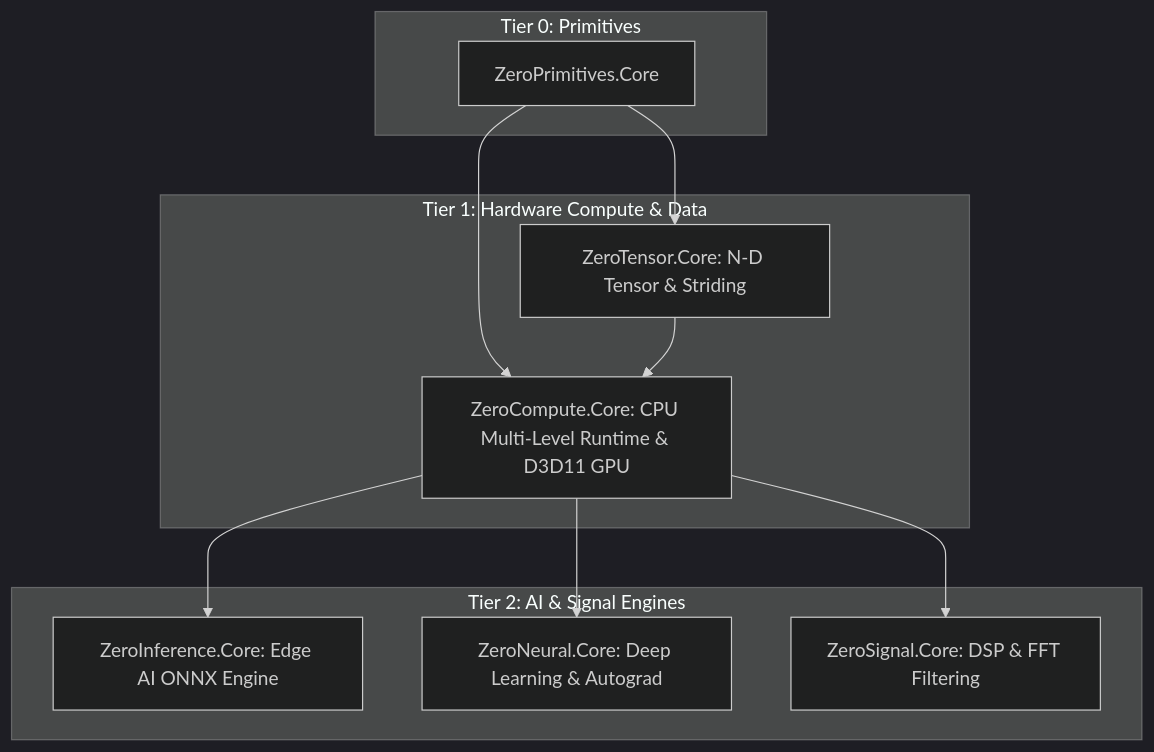
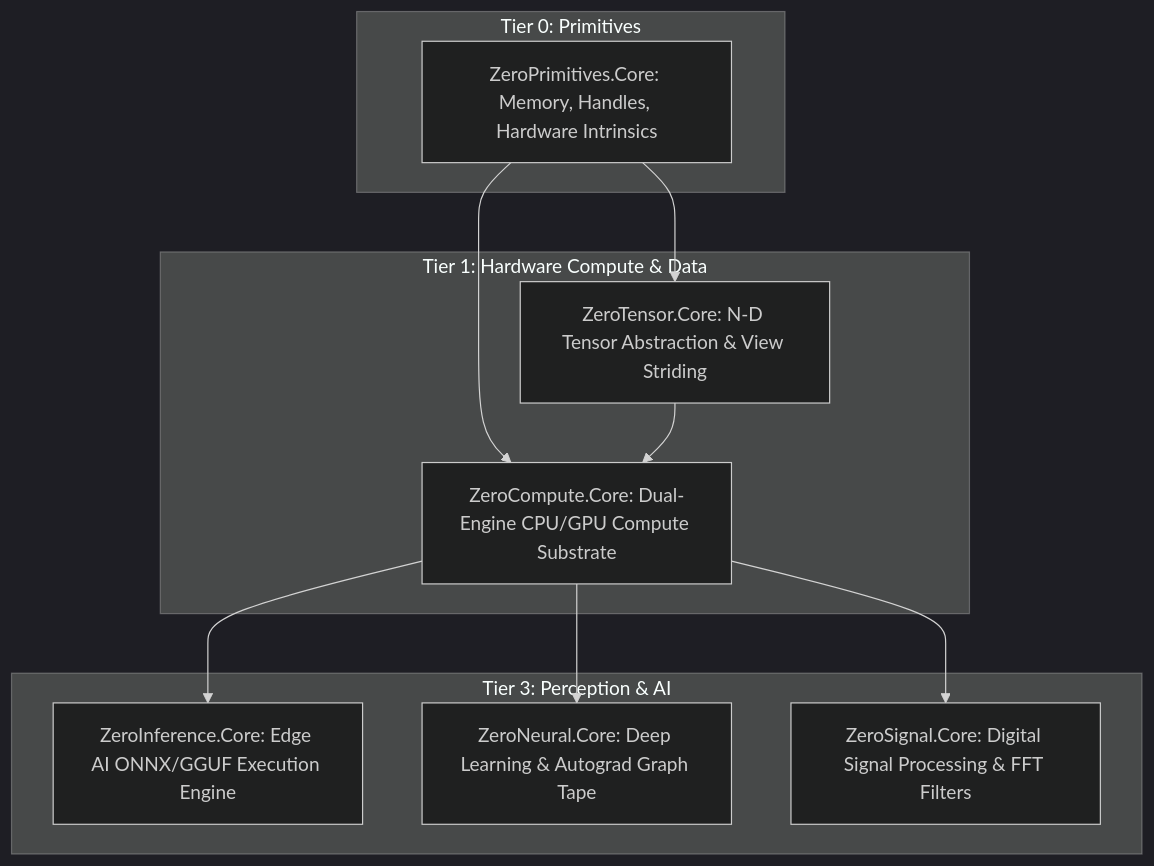
Before and after one commit to kzxl/ZeroCompute: the diagram in README.md, drawn with Mermaid (dark theme). The commit also changed other lines of this file and 2 other files, not shown here.

````diff
--- a/README.md
+++ b/README.md
@@ -191,24 +271,24 @@
 ```mermaid
 graph TD
     subgraph Tier 0: Primitives
-        ZP[ZeroPrimitives.Core]
+        ZP[ZeroPrimitives.Core: Memory, Handles, Hardware Intrinsics]
     end
 
     subgraph Tier 1: Hardware Compute & Data
-        ZT[ZeroTensor.Core: N-D Tensor & Striding]
-        ZC[ZeroCompute.Core: CPU Multi-Level Runtime & D3D11 GPU]
+        ZT[ZeroTensor.Core: N-D Tensor Abstraction & View Striding]
+        ZC[ZeroCompute.Core: Dual-Engine CPU/GPU Compute Substrate]
     end
 
-    subgraph Tier 2: AI & Signal Engines
-        ZI[ZeroInference.Core: Edge AI ONNX Engine]
-        ZN[ZeroNeural.Core: Deep Learning & Autograd]
-        ZS[ZeroSignal.Core: DSP & FFT Filtering]
+    subgraph Tier 3: Perception & AI
+        ZI[ZeroInference.Core: Edge AI ONNX/GGUF Execution Engine]
+        ZN[ZeroNeural.Core: Deep Learning & Autograd Graph Tape]
+        ZS[ZeroSignal.Core: Digital Signal Processing & FFT Filters]
     end
 
     ZP --> ZT
     ZP --> ZC
     ZT --> ZC
     ZC --> ZI
     ZC --> ZN
     ZC --> ZS
 ```
````
